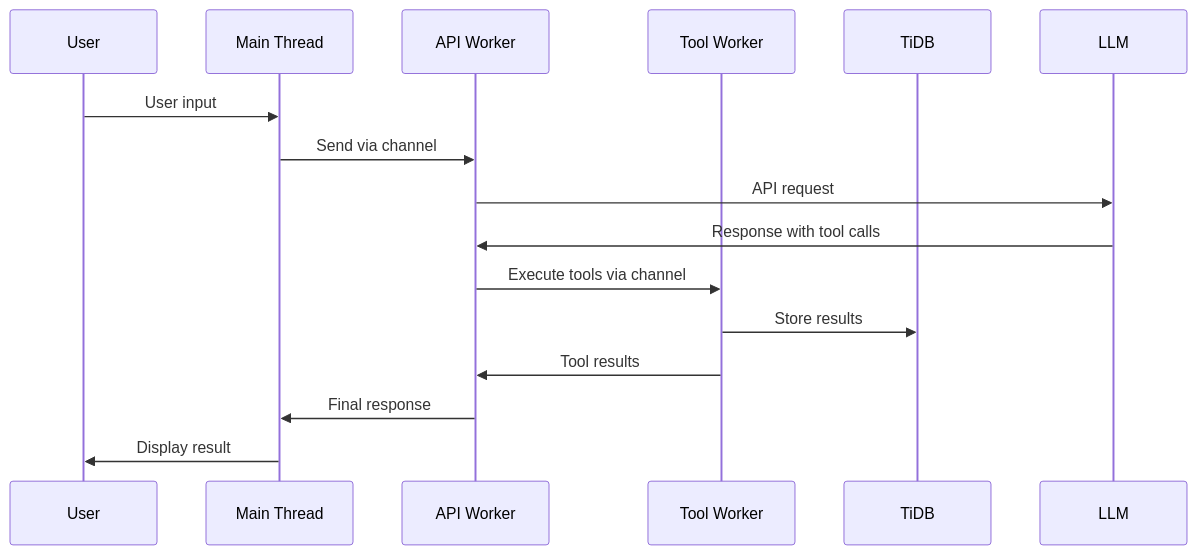
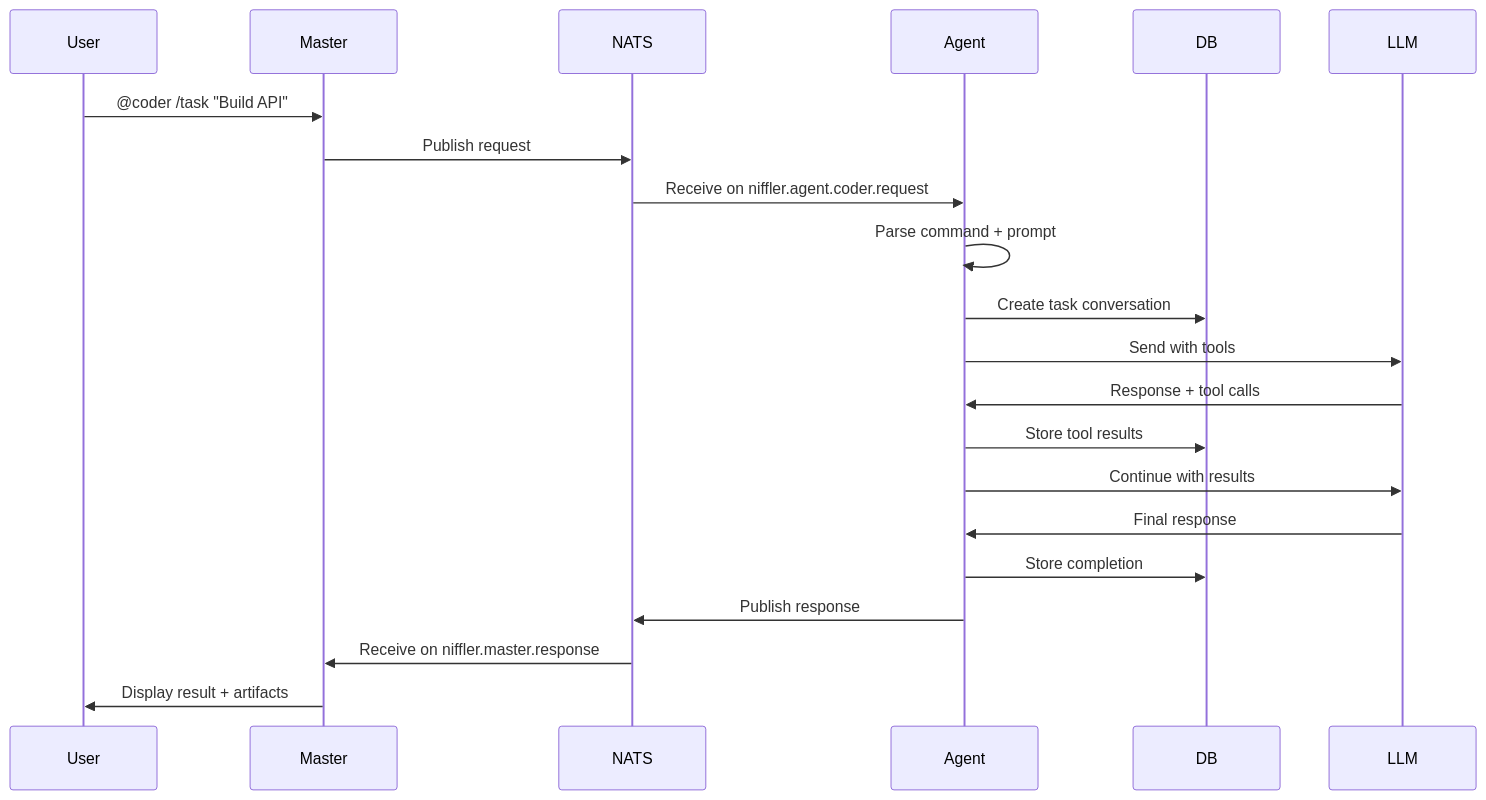
The fourth of 4 diagrams in doc/ARCHITECTURE.md (gokr/niffler), drawn with Mermaid before and after one commit. The commit also changed other lines of this file and 25 other files, not shown here.

````diff
--- a/doc/ARCHITECTURE.md
+++ b/doc/ARCHITECTURE.md
@@ -40,18 +125,24 @@
 ```mermaid
 sequenceDiagram
     participant User
-    participant CLI as Main Thread
-    participant API as API Worker
-    participant Tools as Tool Worker
-    participant DB as TiDB
+    participant Master
+    participant NATS
+    participant Agent
+    participant DB
+    participant LLM
 
-    User->>CLI: User input
-    CLI->>API: Send via channel
-    API->>LLM: API request
-    LLM->>API: Response with tool calls
-    API->>Tools: Execute tools via channel
-    Tools->>DB: Store results
-    Tools->>API: Tool results
-    API->>CLI: Final response
-    CLI->>User: Display result
+    User->>Master: @coder /task "Build API"
+    Master->>NATS: Publish request
+    NATS->>Agent: Receive on niffler.agent.coder.request
+    Agent->>Agent: Parse command + prompt
+    Agent->>DB: Create task conversation
+    Agent->>LLM: Send with tools
+    LLM->>Agent: Response + tool calls
+    Agent->>DB: Store tool results
+    Agent->>LLM: Continue with results
+    LLM->>Agent: Final response
+    Agent->>DB: Store completion
+    Agent->>NATS: Publish response
+    NATS->>Master: Receive on niffler.master.response
+    Master->>User: Display result + artifacts
 ```
````
